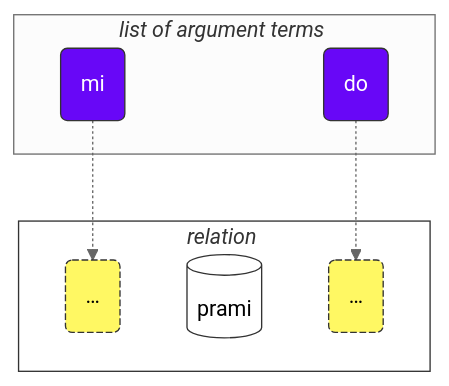
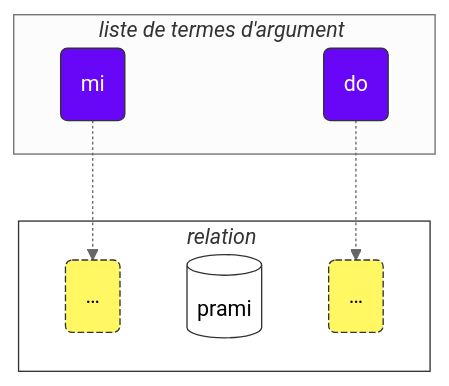
The second of 2 diagrams in data/pages/fr/books/learn-lojban/!1.md (La-Lojban/lojban.pw), drawn with Mermaid (neutral theme) before and after one commit. The commit also changed other lines of this file and 14 other files, not shown here.

````diff
--- a/data/pages/fr/books/learn-lojban/!1.md
+++ b/data/pages/fr/books/learn-lojban/!1.md
@@ -249,29 +233,29 @@
 ```mermaid
 flowchart TB
     %%common settings
     subgraph bridi["<i>relation</i>#nbsp;"]
         x1("…")
         selbri
         x2("…")
     end
-    subgraph sumti["<i>list of argument terms</i>#nbsp;"]
+    subgraph sumti["<i>liste de termes d'argument</i>#nbsp;"]
         s1-.->x1
         s2-.->x2
     end
     classDef s fill:#6807F7,stroke:#333,stroke-width:1px,color:#fff;
     class s1 s;
     class s2 s;
     classDef x fill:#FFF863,stroke:#333,stroke-width:1px,stroke-dasharray: 5 2;
     class x1 x;
     class x2 x;
     classDef blabi fill:#fff,stroke:#333;
     class selbri blabi;
     class bridi blabi;
 
     %% input your sumti:
     s1(mi)
     s2(do)
     %% input your selbri
     selbri[(prami)]
 
 ```
````
